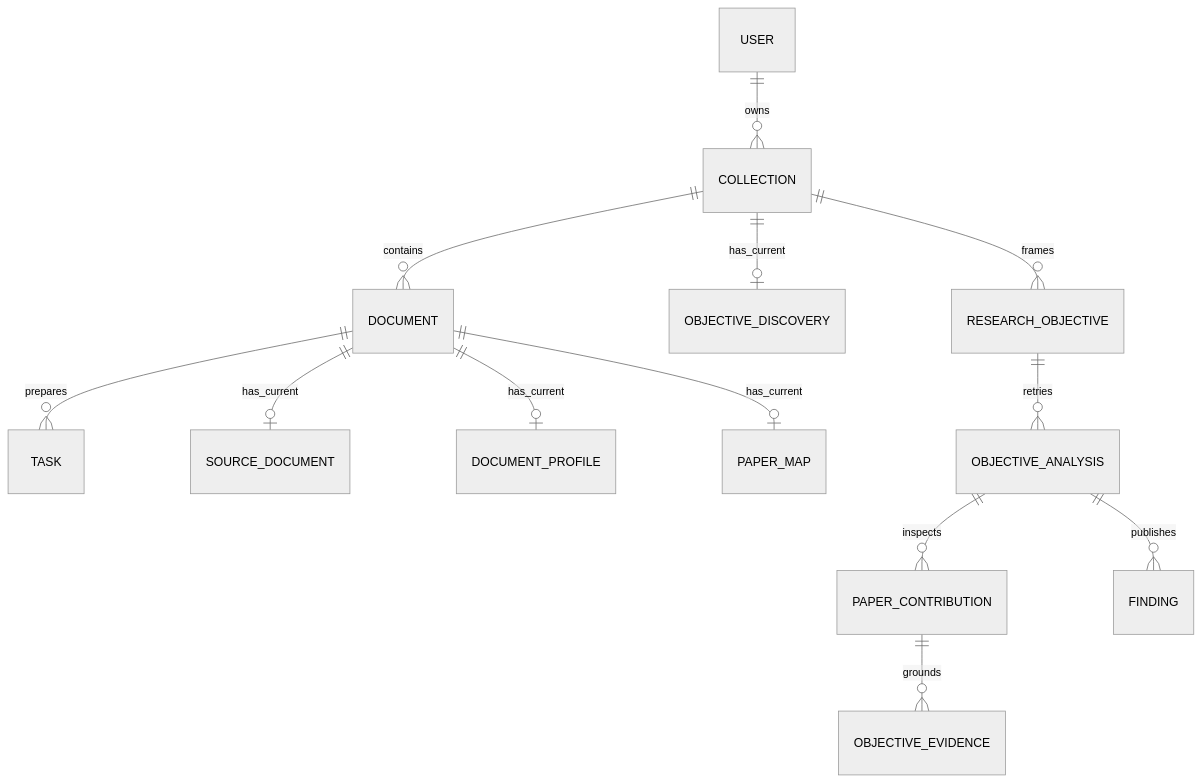
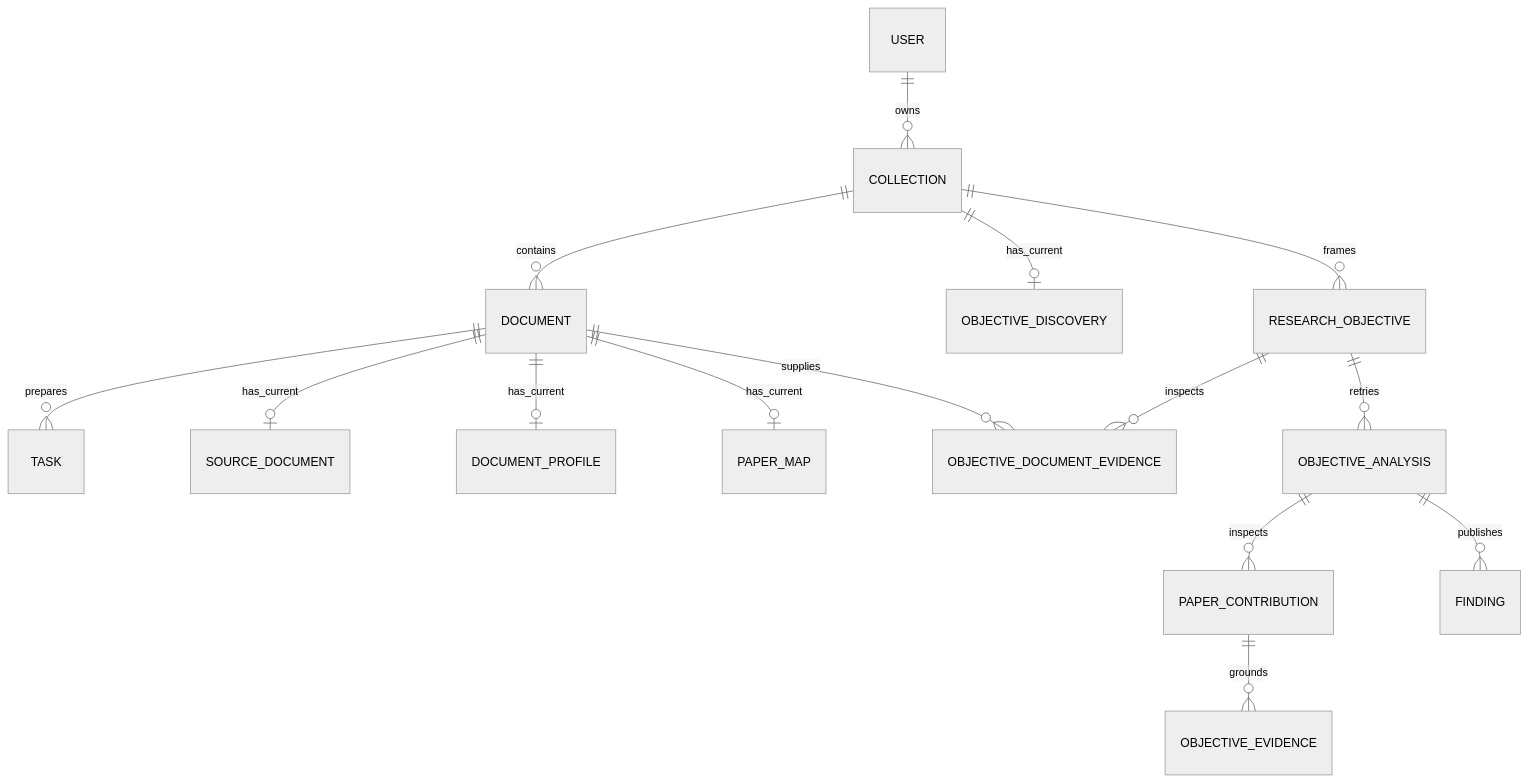
Before and after one commit to JeanphiloGong/tsingai-lens: the diagram in backend/docs/architecture/persistence-model.md, drawn with Mermaid (neutral theme). The commit also changed other lines of this file and 8 other files, not shown here.

First line of the commit message:
bugfix(objectives): resume evidence extraction per document

````diff
--- a/backend/docs/architecture/persistence-model.md
+++ b/backend/docs/architecture/persistence-model.md
@@ -125,15 +145,17 @@
 ```mermaid
 erDiagram
     USER ||--o{ COLLECTION : owns
     COLLECTION ||--o{ DOCUMENT : contains
     DOCUMENT ||--o{ TASK : prepares
     DOCUMENT ||--o| SOURCE_DOCUMENT : has_current
     DOCUMENT ||--o| DOCUMENT_PROFILE : has_current
     DOCUMENT ||--o| PAPER_MAP : has_current
     COLLECTION ||--o| OBJECTIVE_DISCOVERY : has_current
     COLLECTION ||--o{ RESEARCH_OBJECTIVE : frames
+    RESEARCH_OBJECTIVE ||--o{ OBJECTIVE_DOCUMENT_EVIDENCE : inspects
+    DOCUMENT ||--o{ OBJECTIVE_DOCUMENT_EVIDENCE : supplies
     RESEARCH_OBJECTIVE ||--o{ OBJECTIVE_ANALYSIS : retries
     OBJECTIVE_ANALYSIS ||--o{ PAPER_CONTRIBUTION : inspects
     PAPER_CONTRIBUTION ||--o{ OBJECTIVE_EVIDENCE : grounds
     OBJECTIVE_ANALYSIS ||--o{ FINDING : publishes
 ```
````
